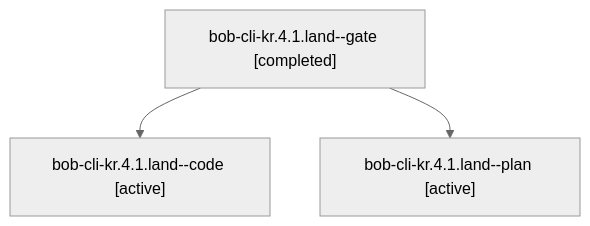
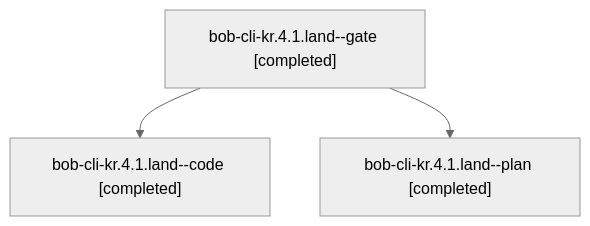
Before and after one commit to bobs-org/bob-cli--agents: the diagram in sessions/bbugyi200.apollo.bob-cli-kr.4.1.land.md, drawn with Mermaid (neutral theme). The commit also changed other lines of this file and 44 other files, not shown here.

````diff
--- a/sessions/bbugyi200.apollo.bob-cli-kr.4.1.land.md
+++ b/sessions/bbugyi200.apollo.bob-cli-kr.4.1.land.md
@@ -9,8 +9,8 @@
 ```mermaid
 flowchart TD
   n0["bob-cli-kr.4.1.land--gate [completed]"]
-  n1["bob-cli-kr.4.1.land--code [active]"]
+  n1["bob-cli-kr.4.1.land--code [completed]"]
   n0 --> n1
-  n2["bob-cli-kr.4.1.land--plan [active]"]
+  n2["bob-cli-kr.4.1.land--plan [completed]"]
   n0 --> n2
 ```
````
